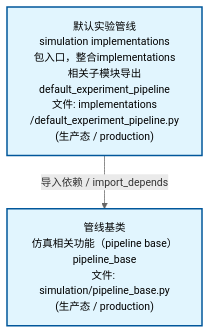
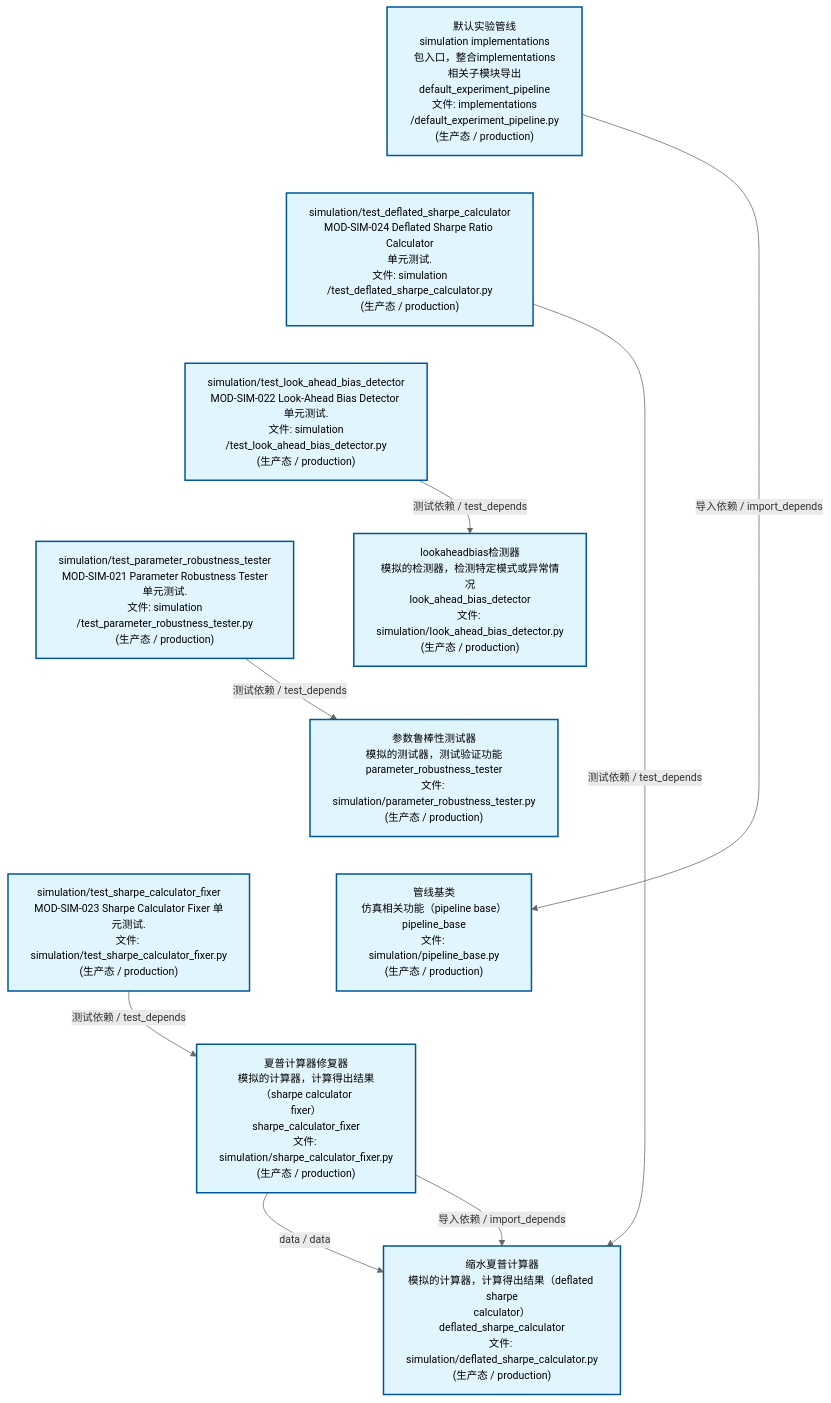
The second of 4 diagrams in docs/02_enterprise_architecture/02_domain_architecture_docs/70_d_simulation.md (xuanFelixVan/ZephyrAlpha), drawn with Mermaid before and after one commit. The commit also changed other lines of this file and 51 other files, not shown here.

````diff
--- a/docs/02_enterprise_architecture/02_domain_architecture_docs/70_d_simulation.md
+++ b/docs/02_enterprise_architecture/02_domain_architecture_docs/70_d_simulation.md
@@ -95,12 +113,33 @@
 ```mermaid
 %%{init: {'theme': 'base', 'themeVariables': {'primaryColor': '#eaeaea', 'primaryTextColor': '#333333', 'primaryBorderColor': '#666666', 'lineColor': '#666666', 'secondaryColor': '#eaeaea', 'tertiaryColor': '#eaeaea', 'fontSize': '14px'}}}%%
 flowchart TD
     src_zephyr_simulation_implementations_default_experiment_pipeline_py["默认实验管线<br/>simulation implementations<br/>包入口，整合implementations相关子模块导出<br/>default_experiment_pipeline<br/>文件: implementations<br/>/default_experiment_pipeline.py<br/>(生产态 / production)"]
+    tests_simulation_test_deflated_sharpe_calculator_py["simulation/test_deflated_sharpe_calculator<br/>MOD-SIM-024 Deflated Sharpe Ratio Calculator<br/>单元测试.<br/>文件: simulation<br/>/test_deflated_sharpe_calculator.py<br/>(生产态 / production)"]
+    tests_simulation_test_look_ahead_bias_detector_py["simulation/test_look_ahead_bias_detector<br/>MOD-SIM-022 Look-Ahead Bias Detector 单元测试.<br/>文件: simulation<br/>/test_look_ahead_bias_detector.py<br/>(生产态 / production)"]
+    tests_simulation_test_parameter_robustness_tester_py["simulation/test_parameter_robustness_tester<br/>MOD-SIM-021 Parameter Robustness Tester<br/>单元测试.<br/>文件: simulation<br/>/test_parameter_robustness_tester.py<br/>(生产态 / production)"]
+    tests_simulation_test_sharpe_calculator_fixer_py["simulation/test_sharpe_calculator_fixer<br/>MOD-SIM-023 Sharpe Calculator Fixer 单元测试.<br/>文件: simulation/test_sharpe_calculator_fixer.py<br/>(生产态 / production)"]
+    src_zephyr_simulation_implementations_default_experiment_pipeline_py ~~~ tests_simulation_test_deflated_sharpe_calculator_py
+    tests_simulation_test_deflated_sharpe_calculator_py ~~~ tests_simulation_test_look_ahead_bias_detector_py
+    tests_simulation_test_look_ahead_bias_detector_py ~~~ tests_simulation_test_parameter_robustness_tester_py
+    tests_simulation_test_parameter_robustness_tester_py ~~~ tests_simulation_test_sharpe_calculator_fixer_py
+    src_zephyr_simulation_look_ahead_bias_detector_py["lookaheadbias检测器<br/>模拟的检测器，检测特定模式或异常情况<br/>look_ahead_bias_detector<br/>文件: simulation/look_ahead_bias_detector.py<br/>(生产态 / production)"]
+    src_zephyr_simulation_parameter_robustness_tester_py["参数鲁棒性测试器<br/>模拟的测试器，测试验证功能<br/>parameter_robustness_tester<br/>文件: simulation/parameter_robustness_tester.py<br/>(生产态 / production)"]
     src_zephyr_simulation_pipeline_base_py["管线基类<br/>仿真相关功能（pipeline base）<br/>pipeline_base<br/>文件: simulation/pipeline_base.py<br/>(生产态 / production)"]
+    src_zephyr_simulation_sharpe_calculator_fixer_py["夏普计算器修复器<br/>模拟的计算器，计算得出结果（sharpe calculator<br/>fixer）<br/>sharpe_calculator_fixer<br/>文件: simulation/sharpe_calculator_fixer.py<br/>(生产态 / production)"]
+    src_zephyr_simulation_look_ahead_bias_detector_py ~~~ src_zephyr_simulation_parameter_robustness_tester_py
+    src_zephyr_simulation_parameter_robustness_tester_py ~~~ src_zephyr_simulation_pipeline_base_py
+    src_zephyr_simulation_pipeline_base_py ~~~ src_zephyr_simulation_sharpe_calculator_fixer_py
+    src_zephyr_simulation_deflated_sharpe_calculator_py["缩水夏普计算器<br/>模拟的计算器，计算得出结果（deflated sharpe<br/>calculator）<br/>deflated_sharpe_calculator<br/>文件: simulation/deflated_sharpe_calculator.py<br/>(生产态 / production)"]
+    src_zephyr_simulation_sharpe_calculator_fixer_py -->|data / data| src_zephyr_simulation_deflated_sharpe_calculator_py
+    src_zephyr_simulation_sharpe_calculator_fixer_py -->|导入依赖 / import_depends| src_zephyr_simulation_deflated_sharpe_calculator_py
     src_zephyr_simulation_implementations_default_experiment_pipeline_py -->|导入依赖 / import_depends| src_zephyr_simulation_pipeline_base_py
+    tests_simulation_test_deflated_sharpe_calculator_py -->|测试依赖 / test_depends| src_zephyr_simulation_deflated_sharpe_calculator_py
+    tests_simulation_test_sharpe_calculator_fixer_py -->|测试依赖 / test_depends| src_zephyr_simulation_sharpe_calculator_fixer_py
+    tests_simulation_test_look_ahead_bias_detector_py -->|测试依赖 / test_depends| src_zephyr_simulation_look_ahead_bias_detector_py
+    tests_simulation_test_parameter_robustness_tester_py -->|测试依赖 / test_depends| src_zephyr_simulation_parameter_robustness_tester_py
     classDef production fill:#e1f5fe,stroke:#01579b,stroke-width:2px,color:#000
     classDef design fill:#fff3e0,stroke:#e65100,stroke-width:2px,color:#000,stroke-dasharray: 5 5
     classDef external_prod fill:#e8f4fd,stroke:#0277bd,stroke-width:1px,color:#000
     classDef external_design fill:#fff8e7,stroke:#ef6c00,stroke-width:1px,color:#000,stroke-dasharray: 5 5
-    class src_zephyr_simulation_implementations_default_experiment_pipeline_py,src_zephyr_simulation_pipeline_base_py production
+    class src_zephyr_simulation_deflated_sharpe_calculator_py,src_zephyr_simulation_implementations_default_experiment_pipeline_py,src_zephyr_simulation_look_ahead_bias_detector_py,src_zephyr_simulation_parameter_robustness_tester_py,src_zephyr_simulation_pipeline_base_py,src_zephyr_simulation_sharpe_calculator_fixer_py,tests_simulation_test_deflated_sharpe_calculator_py,tests_simulation_test_look_ahead_bias_detector_py,tests_simulation_test_parameter_robustness_tester_py,tests_simulation_test_sharpe_calculator_fixer_py production
 ```
````
